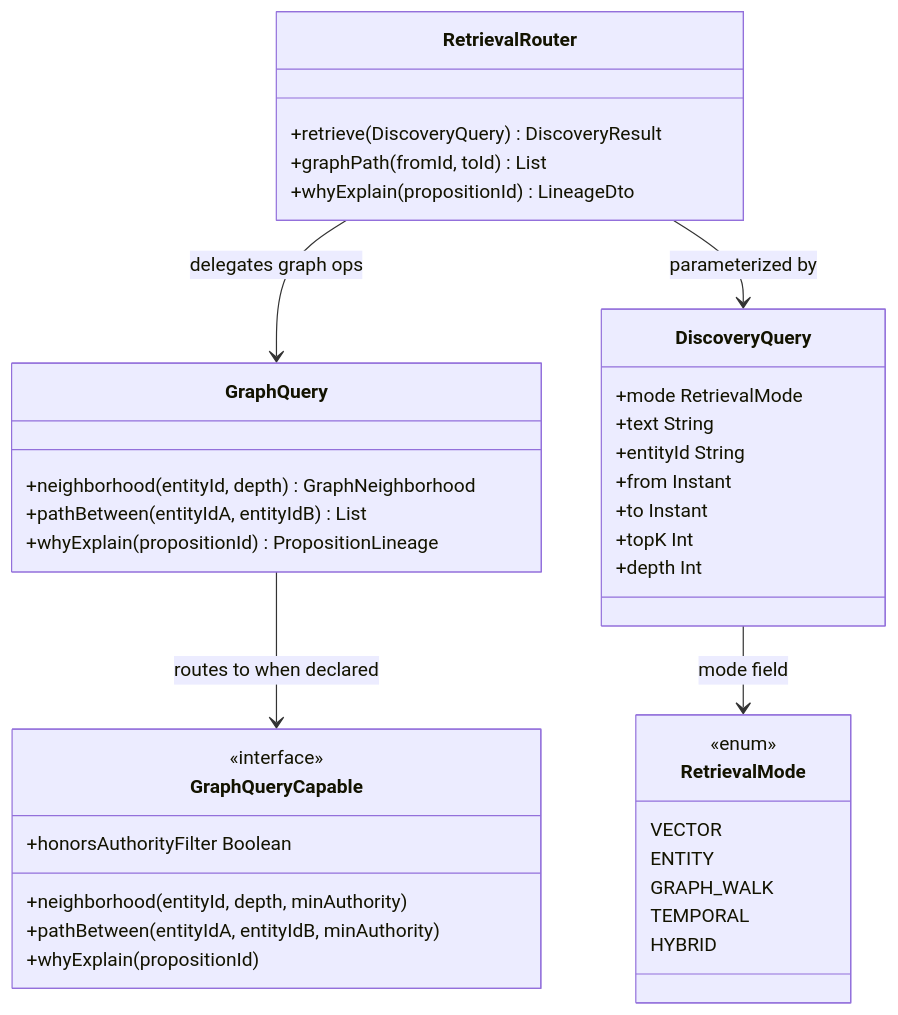
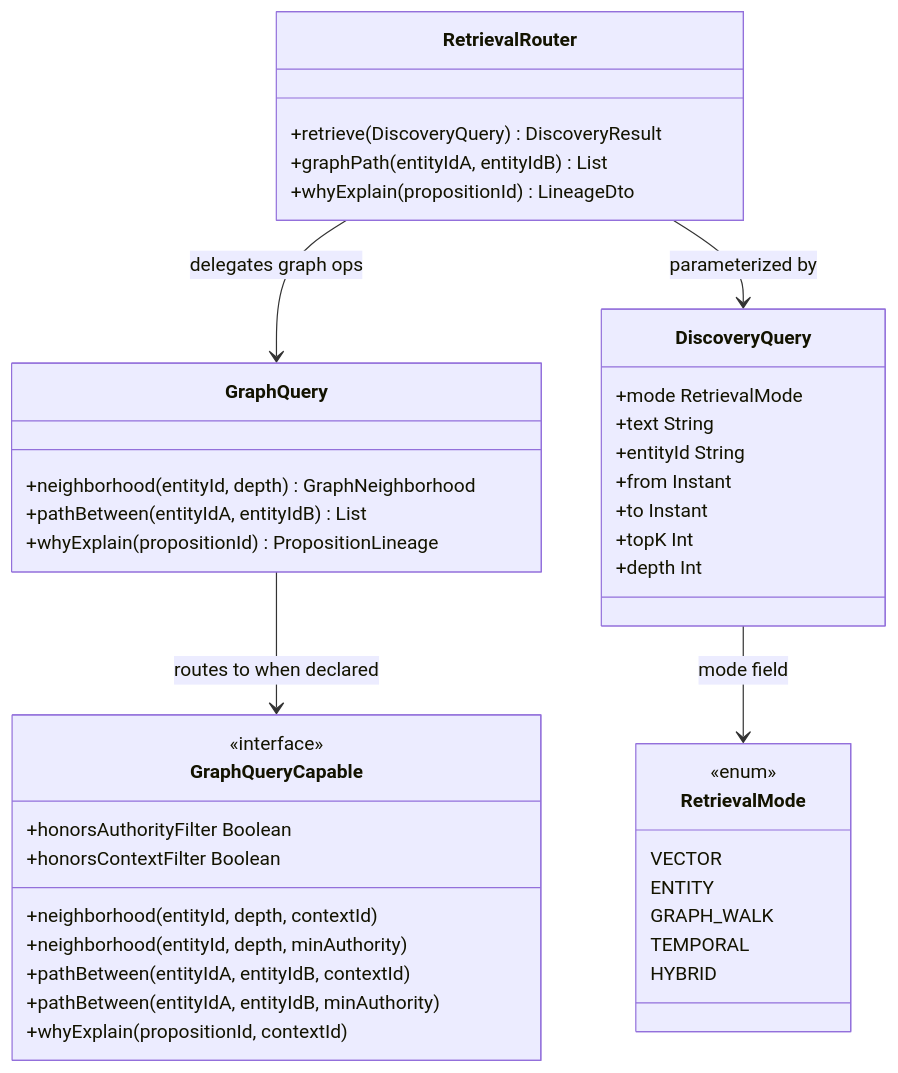
The first of 7 diagrams in docs/design/retrieval-and-discovery.md (embabel/dice), drawn with Mermaid before and after one commit. The commit also changed other lines of this file and 19 other files, not shown here.

````diff
--- a/docs/design/retrieval-and-discovery.md
+++ b/docs/design/retrieval-and-discovery.md
@@ -15,41 +15,44 @@
 ```mermaid
 classDiagram
     class RetrievalRouter {
         +retrieve(DiscoveryQuery) DiscoveryResult
-        +graphPath(fromId, toId) List
+        +graphPath(entityIdA, entityIdB) List
         +whyExplain(propositionId) LineageDto
     }
     class DiscoveryQuery {
         +mode RetrievalMode
         +text String
         +entityId String
         +from Instant
         +to Instant
         +topK Int
         +depth Int
     }
     class RetrievalMode {
         <<enum>>
         VECTOR
         ENTITY
         GRAPH_WALK
         TEMPORAL
         HYBRID
     }
     class GraphQuery {
         +neighborhood(entityId, depth) GraphNeighborhood
         +pathBetween(entityIdA, entityIdB) List
         +whyExplain(propositionId) PropositionLineage
     }
     class GraphQueryCapable {
         <<interface>>
         +honorsAuthorityFilter Boolean
+        +honorsContextFilter Boolean
+        +neighborhood(entityId, depth, contextId)
         +neighborhood(entityId, depth, minAuthority)
+        +pathBetween(entityIdA, entityIdB, contextId)
         +pathBetween(entityIdA, entityIdB, minAuthority)
-        +whyExplain(propositionId)
+        +whyExplain(propositionId, contextId)
     }
     RetrievalRouter --> GraphQuery : delegates graph ops
     RetrievalRouter --> DiscoveryQuery : parameterized by
     DiscoveryQuery --> RetrievalMode : mode field
     GraphQuery --> GraphQueryCapable : routes to when declared
 ```
````
